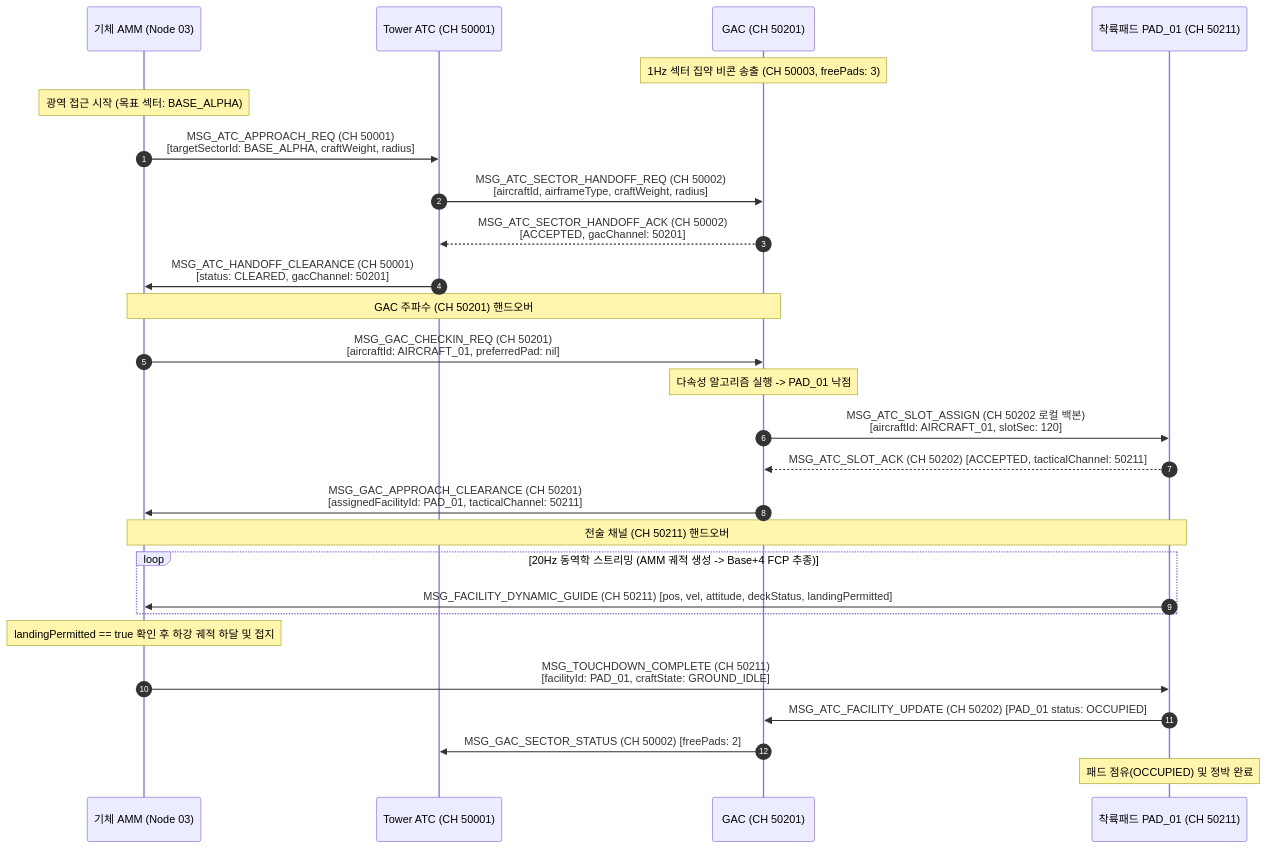
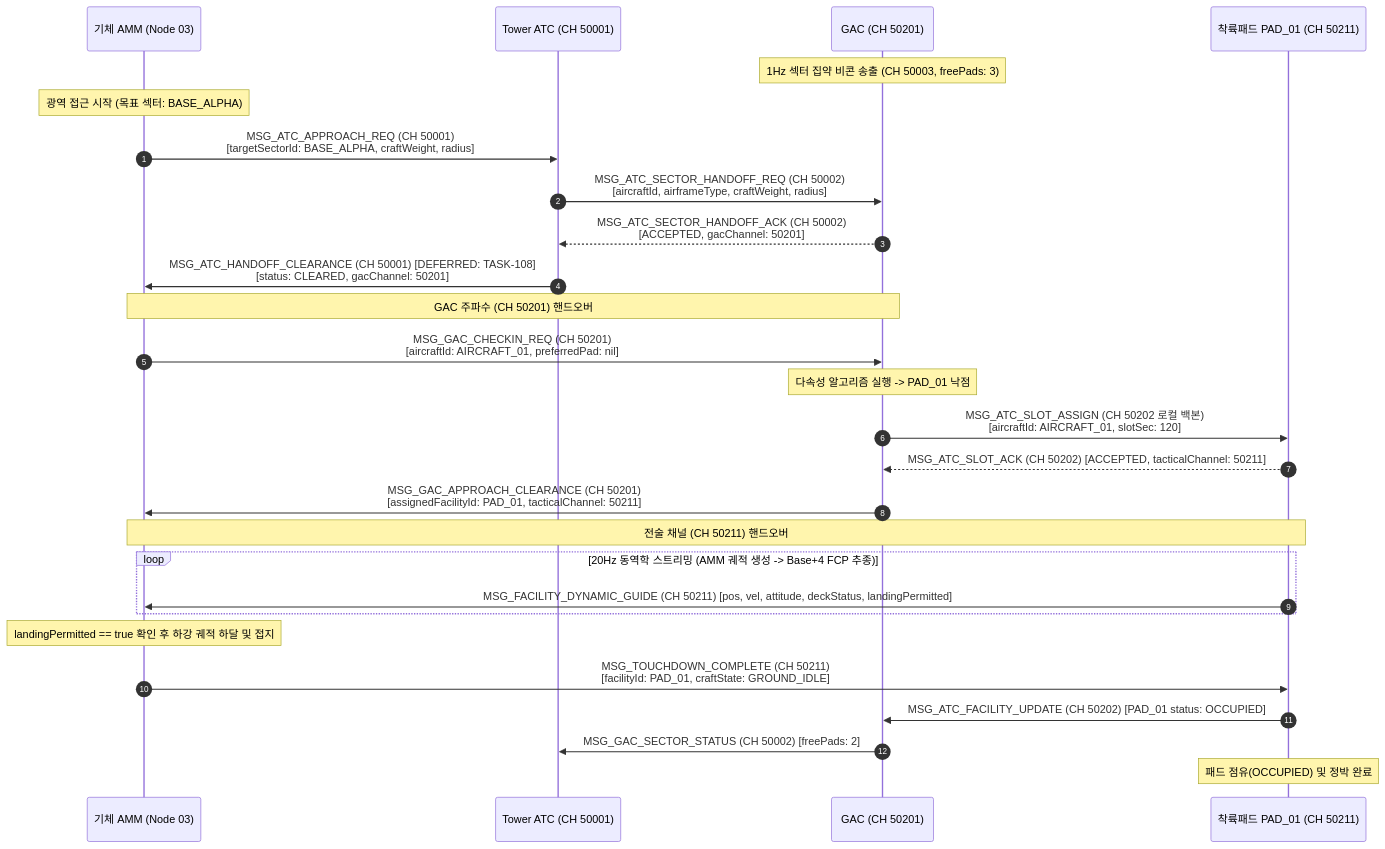
Before and after one commit to Polimachi/Aeroneutics_Autopilot: the third of 5 diagrams in docs/specs/0_infra/gac/GAC_PROGRAM_SPECIFICATION_AND_ICD.md, drawn with Mermaid. The commit also changed other lines of this file and 4 other files, not shown here.

Commit message:
docs(spec): complete Task 5 infra/diagram/ICD hygiene, R4 drifts, and v+0.0.1 sync (TASK-019)

````diff
--- a/docs/specs/0_infra/gac/GAC_PROGRAM_SPECIFICATION_AND_ICD.md
+++ b/docs/specs/0_infra/gac/GAC_PROGRAM_SPECIFICATION_AND_ICD.md
@@ -549,33 +550,33 @@
 ```mermaid
 sequenceDiagram
     autonumber
     participant U as 기체 AMM (Node 03)
     participant T as Tower ATC (CH 50001)
     participant G as GAC (CH 50201)
     participant P as 착륙패드 PAD_01 (CH 50211)
 
     Note over G: 1Hz 섹터 집약 비콘 송출 (CH 50003, freePads: 3)
     Note over U: 광역 접근 시작 (목표 섹터: BASE_ALPHA)
 
     U->>T: MSG_ATC_APPROACH_REQ (CH 50001)<br/>[targetSectorId: BASE_ALPHA, craftWeight, radius]
     T->>G: MSG_ATC_SECTOR_HANDOFF_REQ (CH 50002)<br/>[aircraftId, airframeType, craftWeight, radius]
     G-->>T: MSG_ATC_SECTOR_HANDOFF_ACK (CH 50002)<br/>[ACCEPTED, gacChannel: 50201]
-    T->>U: MSG_ATC_HANDOFF_CLEARANCE (CH 50001)<br/>[status: CLEARED, gacChannel: 50201]
+    T->>U: MSG_ATC_HANDOFF_CLEARANCE (CH 50001) [DEFERRED: TASK-108]<br/>[status: CLEARED, gacChannel: 50201]
 
     Note over U,G: GAC 주파수 (CH 50201) 핸드오버
     U->>G: MSG_GAC_CHECKIN_REQ (CH 50201)<br/>[aircraftId: AIRCRAFT_01, preferredPad: nil]
     Note over G: 다속성 알고리즘 실행 -> PAD_01 낙점
     G->>P: MSG_ATC_SLOT_ASSIGN (CH 50202 로컬 백본)<br/>[aircraftId: AIRCRAFT_01, slotSec: 120]
     P-->>G: MSG_ATC_SLOT_ACK (CH 50202) [ACCEPTED, tacticalChannel: 50211]
     G->>U: MSG_GAC_APPROACH_CLEARANCE (CH 50201)<br/>[assignedFacilityId: PAD_01, tacticalChannel: 50211]
 
     Note over U,P: 전술 채널 (CH 50211) 핸드오버
     loop 20Hz 동역학 스트리밍 (AMM 궤적 생성 -> Base+4 FCP 추종)
         P->>U: MSG_FACILITY_DYNAMIC_GUIDE (CH 50211) [pos, vel, attitude, deckStatus, landingPermitted]
     end
     Note over U: landingPermitted == true 확인 후 하강 궤적 하달 및 접지
     U->>P: MSG_TOUCHDOWN_COMPLETE (CH 50211)<br/>[facilityId: PAD_01, craftState: GROUND_IDLE]
     P->>G: MSG_ATC_FACILITY_UPDATE (CH 50202) [PAD_01 status: OCCUPIED]
     G->>T: MSG_GAC_SECTOR_STATUS (CH 50002) [freePads: 2]
     Note over P: 패드 점유(OCCUPIED) 및 정박 완료
 ```
````
